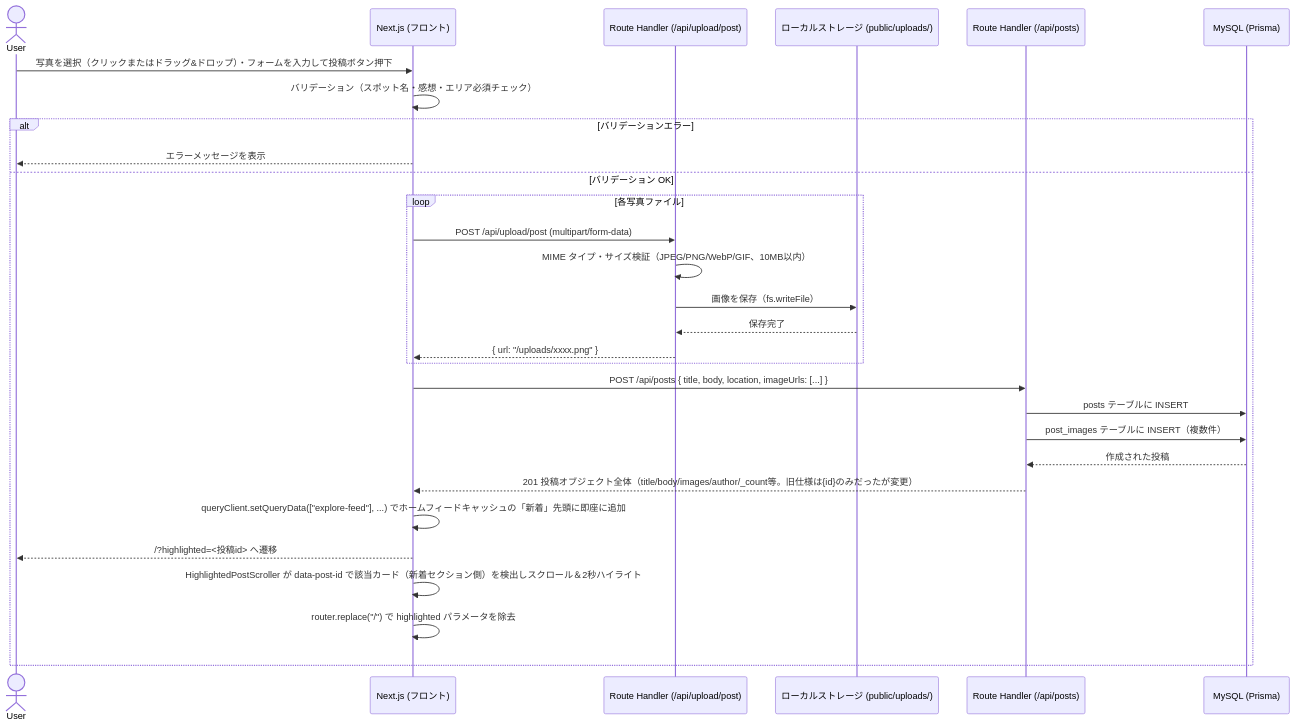
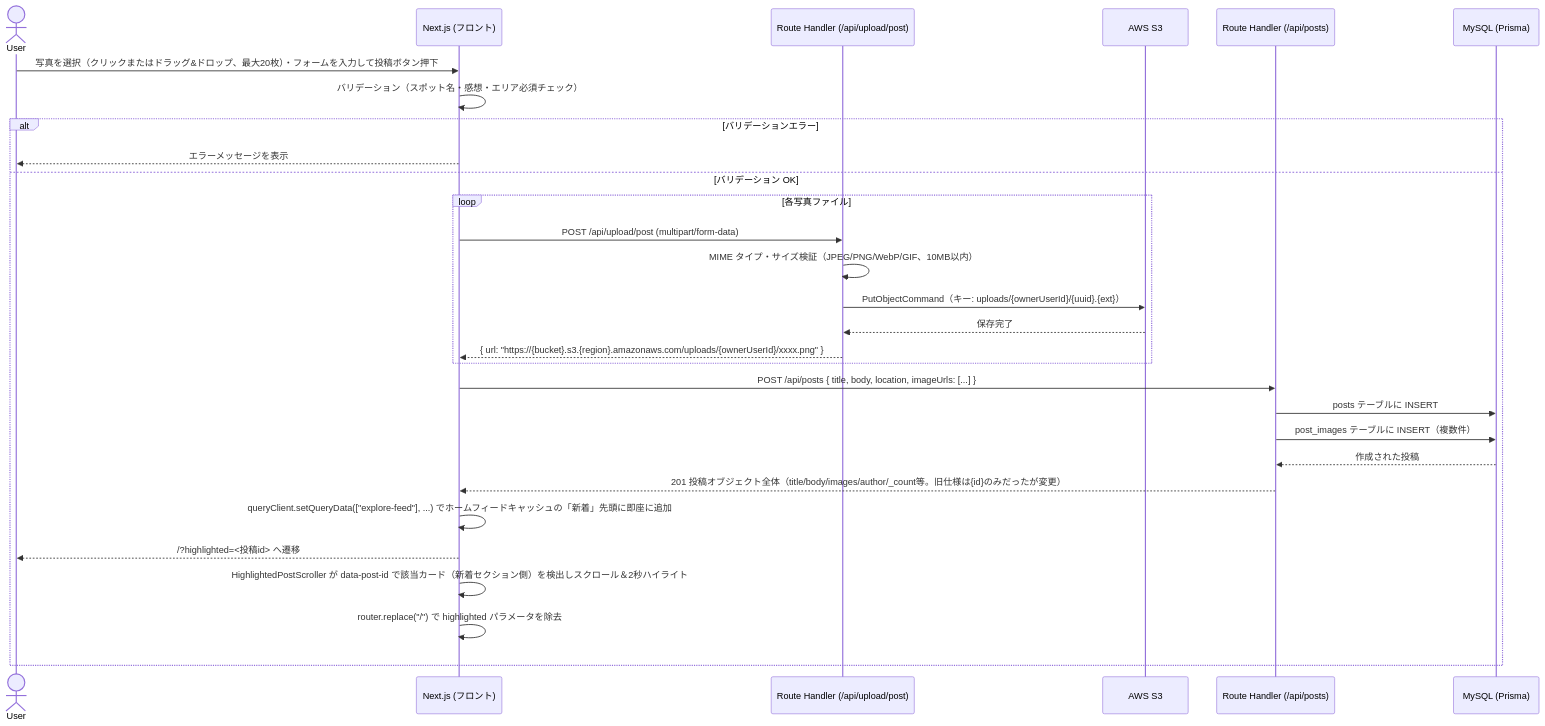
The fifth of 10 diagrams in docs/シーケンス図.md (saki-nakata/TripDiary), drawn with Mermaid before and after one commit. The commit also changed other lines of this file and 50 other files, not shown here.

````diff
--- a/docs/シーケンス図.md
+++ b/docs/シーケンス図.md
@@ -153,32 +153,32 @@
 ```mermaid
 sequenceDiagram
     actor User
     participant FE as Next.js (フロント)
     participant UploadAPI as Route Handler (/api/upload/post)
-    participant Storage as ローカルストレージ (public/uploads/)
+    participant Storage as AWS S3
     participant PostAPI as Route Handler (/api/posts)
     participant DB as MySQL (Prisma)
 
-    User->>FE: 写真を選択（クリックまたはドラッグ&ドロップ）・フォームを入力して投稿ボタン押下
+    User->>FE: 写真を選択（クリックまたはドラッグ&ドロップ、最大20枚）・フォームを入力して投稿ボタン押下
     FE->>FE: バリデーション（スポット名・感想・エリア必須チェック）
     alt バリデーションエラー
         FE-->>User: エラーメッセージを表示
     else バリデーション OK
         loop 各写真ファイル
             FE->>UploadAPI: POST /api/upload/post (multipart/form-data)
             UploadAPI->>UploadAPI: MIME タイプ・サイズ検証（JPEG/PNG/WebP/GIF、10MB以内）
-            UploadAPI->>Storage: 画像を保存（fs.writeFile）
+            UploadAPI->>Storage: PutObjectCommand（キー: uploads/{ownerUserId}/{uuid}.{ext}）
             Storage-->>UploadAPI: 保存完了
-            UploadAPI-->>FE: { url: "/uploads/xxxx.png" }
+            UploadAPI-->>FE: { url: "https://{bucket}.s3.{region}.amazonaws.com/uploads/{ownerUserId}/xxxx.png" }
         end
         FE->>PostAPI: POST /api/posts { title, body, location, imageUrls: [...] }
         PostAPI->>DB: posts テーブルに INSERT
         PostAPI->>DB: post_images テーブルに INSERT（複数件）
         DB-->>PostAPI: 作成された投稿
         PostAPI-->>FE: 201 投稿オブジェクト全体（title/body/images/author/_count等。旧仕様は{id}のみだったが変更）
         FE->>FE: queryClient.setQueryData(["explore-feed"], ...) でホームフィードキャッシュの「新着」先頭に即座に追加
         FE-->>User: /?highlighted=<投稿id> へ遷移
         FE->>FE: HighlightedPostScroller が data-post-id で該当カード（新着セクション側）を検出しスクロール＆2秒ハイライト
         FE->>FE: router.replace("/") で highlighted パラメータを除去
     end
 ```
````
